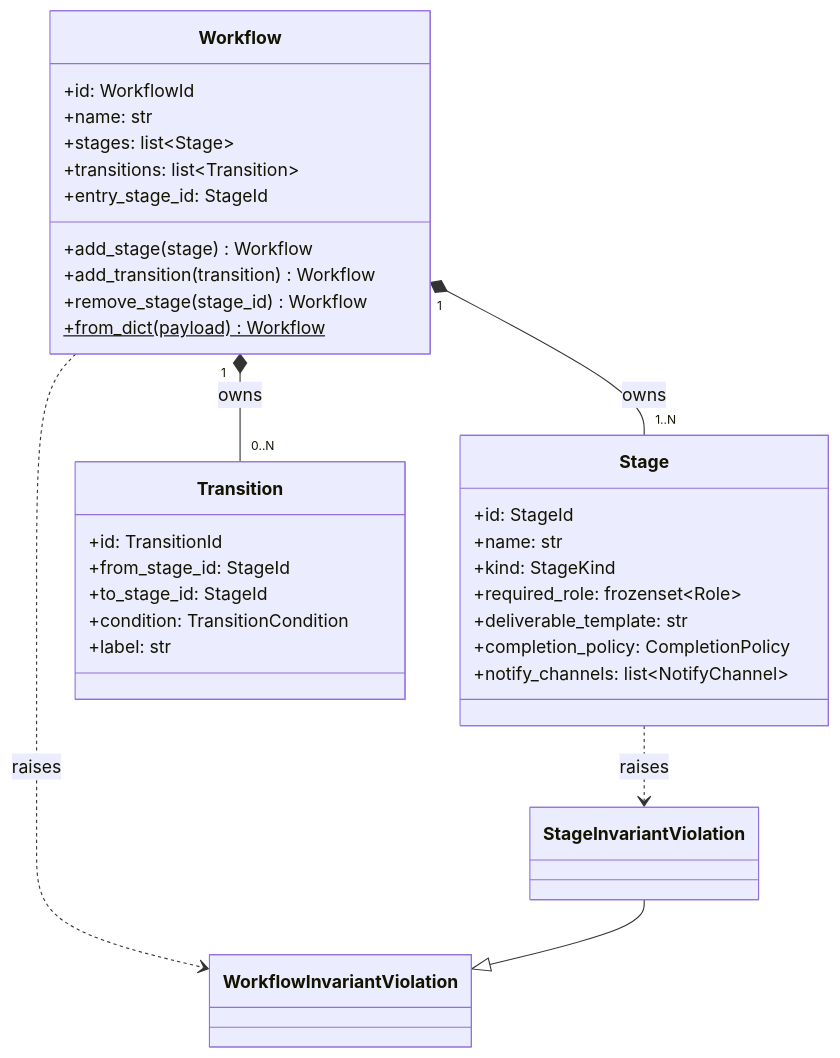
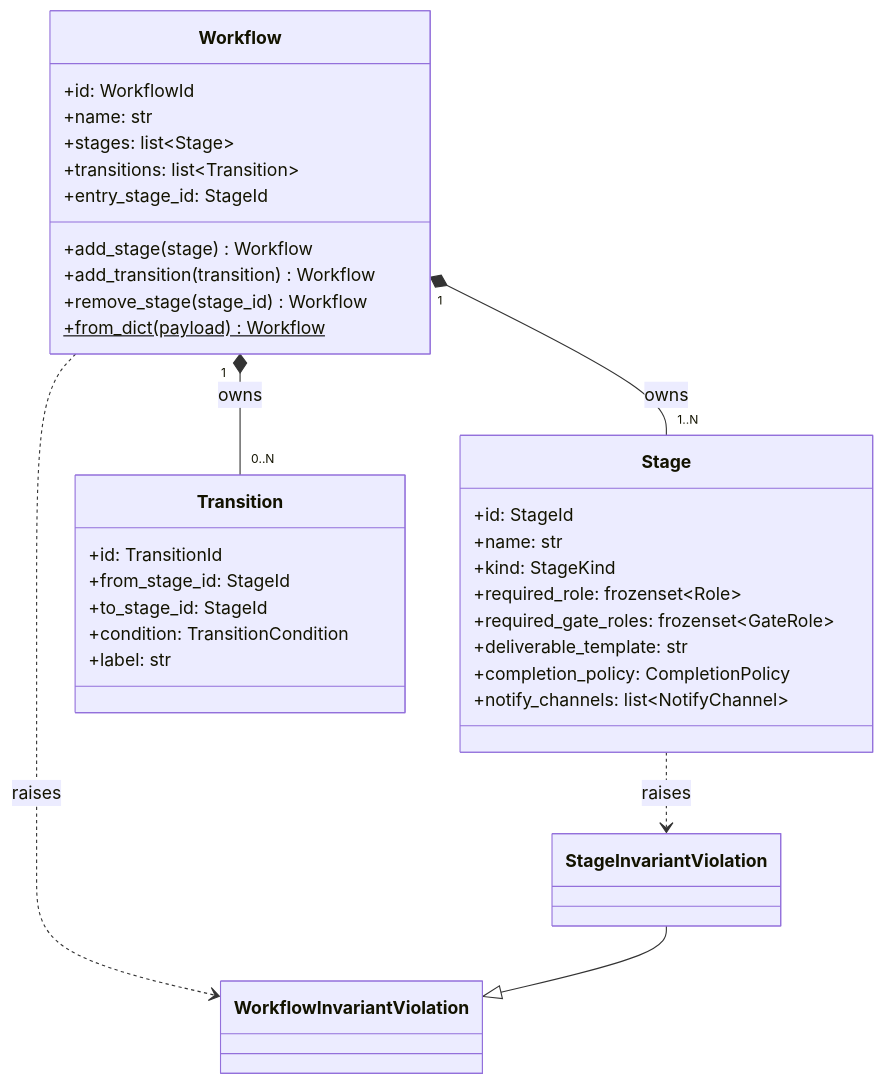
The first of 2 diagrams in docs/features/workflow/domain/basic-design.md (bakufu-dev/bakufu), drawn with Mermaid before and after one commit. The commit also changed other lines of this file and 7 other files, not shown here.

````diff
--- a/docs/features/workflow/domain/basic-design.md
+++ b/docs/features/workflow/domain/basic-design.md
@@ -110,38 +121,39 @@
 ```mermaid
 classDiagram
     class Workflow {
         +id: WorkflowId
         +name: str
         +stages: list~Stage~
         +transitions: list~Transition~
         +entry_stage_id: StageId
         +add_stage(stage) Workflow
         +add_transition(transition) Workflow
         +remove_stage(stage_id) Workflow
         +from_dict(payload)$ Workflow
     }
     class Stage {
         +id: StageId
         +name: str
         +kind: StageKind
         +required_role: frozenset~Role~
+        +required_gate_roles: frozenset~GateRole~
         +deliverable_template: str
         +completion_policy: CompletionPolicy
         +notify_channels: list~NotifyChannel~
     }
     class Transition {
         +id: TransitionId
         +from_stage_id: StageId
         +to_stage_id: StageId
         +condition: TransitionCondition
         +label: str
     }
     class WorkflowInvariantViolation
     class StageInvariantViolation
 
     Workflow "1" *-- "1..N" Stage : owns
     Workflow "1" *-- "0..N" Transition : owns
     Workflow ..> WorkflowInvariantViolation : raises
     Stage ..> StageInvariantViolation : raises
     StageInvariantViolation --|> WorkflowInvariantViolation
 ```
````
